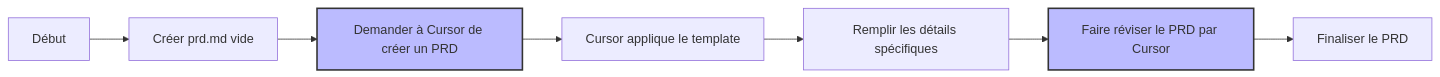
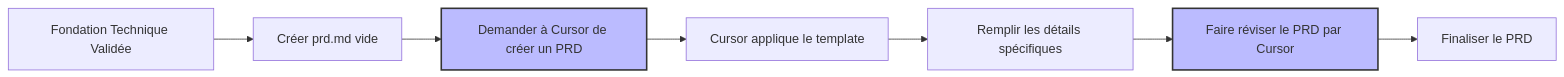
The third of 5 diagrams in docs/scenario-1-premiere-utilisation.md (giak/cursor-auto-rules-agile-workflow), drawn with Mermaid before and after one commit. The commit also changed other lines of this file and 7 other files, not shown here.

````diff
--- a/docs/scenario-1-premiere-utilisation.md
+++ b/docs/scenario-1-premiere-utilisation.md
@@ -61,12 +147,12 @@
 ```mermaid
 flowchart LR
-    A[Début] --> B[Créer prd.md vide]
+    A[Fondation Technique Validée] --> B[Créer prd.md vide]
     B --> C[Demander à Cursor de créer un PRD]
     C --> D[Cursor applique le template]
     D --> E[Remplir les détails spécifiques]
     E --> F[Faire réviser le PRD par Cursor]
     F --> G[Finaliser le PRD]
 
     style C fill:#bbf,stroke:#333,stroke-width:2px
     style F fill:#bbf,stroke:#333,stroke-width:2px
 ```
````
